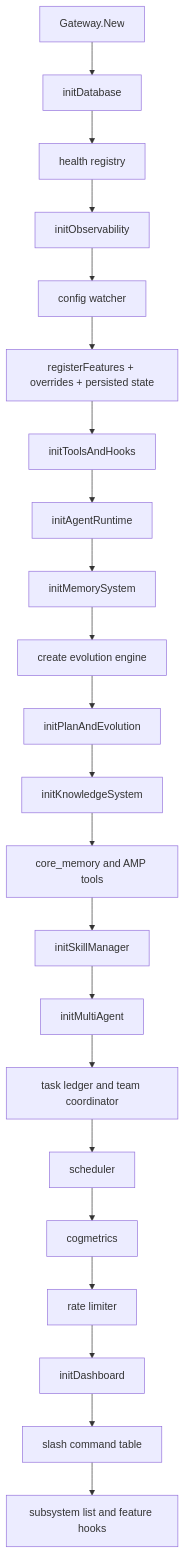
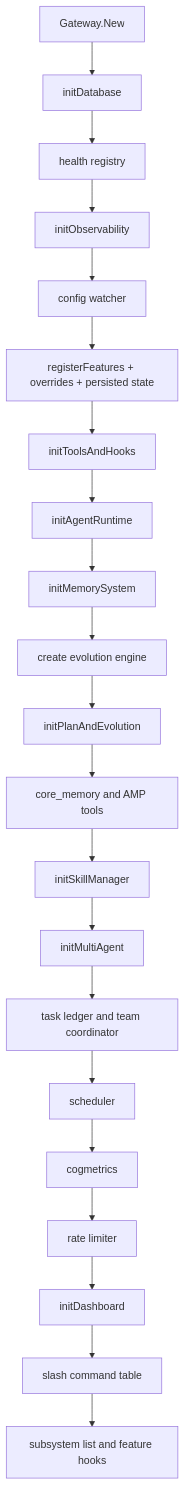
The first of 2 diagrams in docs/03-gateway-feature-lifecycle.md (Forest-Isle/daimon), drawn with Mermaid before and after one commit. The commit also changed other lines of this file and 72 other files, not shown here.

First line of the commit message:
refactor: remove Knowledge Base and Knowledge Graph subsystems

````diff
--- a/docs/03-gateway-feature-lifecycle.md
+++ b/docs/03-gateway-feature-lifecycle.md
@@ -9,24 +9,23 @@
 ```mermaid
 flowchart TB
     New[Gateway.New] --> DB[initDatabase]
     DB --> Health[health registry]
     Health --> Obs[initObservability]
     Obs --> Watcher[config watcher]
     Watcher --> Features[registerFeatures + overrides + persisted state]
     Features --> Tools[initToolsAndHooks]
     Tools --> Agent[initAgentRuntime]
     Agent --> Memory[initMemorySystem]
     Memory --> Evo[create evolution engine]
     Evo --> Plan[initPlanAndEvolution]
-    Plan --> Knowledge[initKnowledgeSystem]
-    Knowledge --> CoreMemory[core_memory and AMP tools]
+    Plan --> CoreMemory[core_memory and AMP tools]
     CoreMemory --> Skills[initSkillManager]
     Skills --> Multi[initMultiAgent]
     Multi --> Task[task ledger and team coordinator]
     Task --> Scheduler[scheduler]
     Scheduler --> Cog[cogmetrics]
     Cog --> Rate[rate limiter]
     Rate --> Dashboard[initDashboard]
     Dashboard --> Commands[slash command table]
     Commands --> Subsystems[subsystem list and feature hooks]
 ```
````
